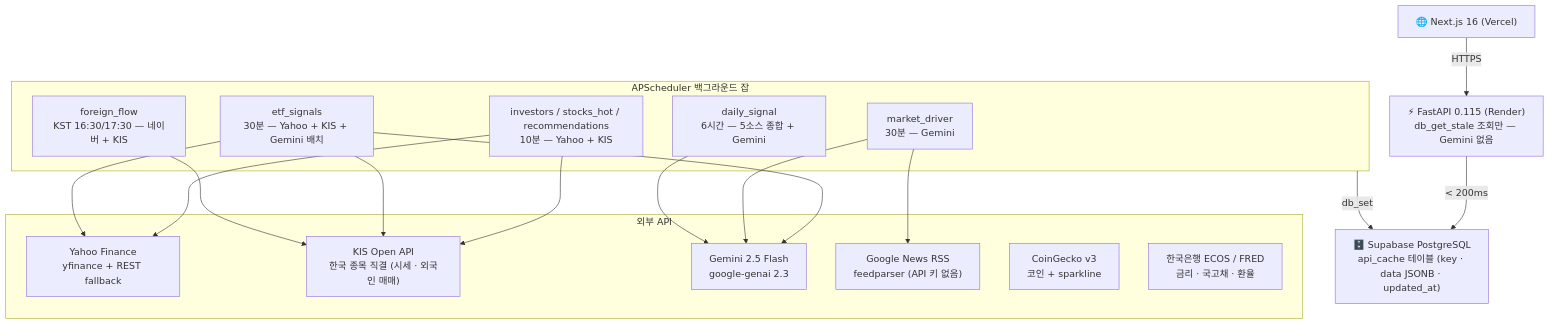
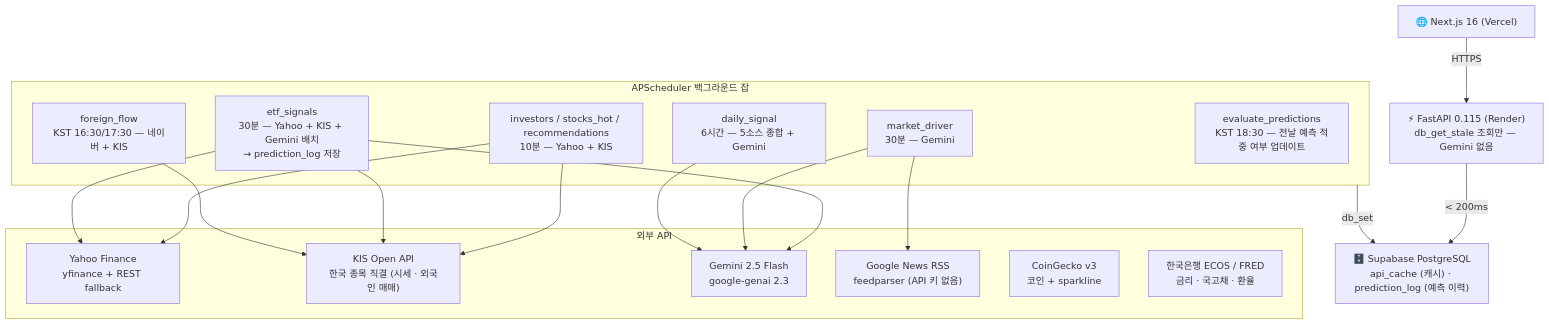
Before and after one commit to forexms78/war-investment-agent: the fifth of 7 diagrams in README.md, drawn with Mermaid. The commit also changed other lines of this file, not shown here.

Commit message:
docs: v5.2 prediction_log 시스템 README 반영
- 버전 히스토리 v5.2 추가 (예측 이력 저장 + 자동 평가 잡)
- 시스템 구조 다이어그램 DB/스케줄러 잡 업데이트

````diff
--- a/README.md
+++ b/README.md
@@ -212,32 +213,33 @@
 ```mermaid
 flowchart TD
     FE["🌐 Next.js 16 (Vercel)"]
     BE["⚡ FastAPI 0.115 (Render)\ndb_get_stale 조회만 — Gemini 없음"]
-    DB["🗄️ Supabase PostgreSQL\napi_cache 테이블 (key · data JSONB · updated_at)"]
+    DB["🗄️ Supabase PostgreSQL\napi_cache (캐시) · prediction_log (예측 이력)"]
 
     subgraph Scheduler["APScheduler 백그라운드 잡"]
         S1["investors / stocks_hot / recommendations\n10분 — Yahoo + KIS"]
-        S2["etf_signals\n30분 — Yahoo + KIS + Gemini 배치"]
+        S2["etf_signals\n30분 — Yahoo + KIS + Gemini 배치\n→ prediction_log 저장"]
         S3["market_driver\n30분 — Gemini"]
         S4["daily_signal\n6시간 — 5소스 종합 + Gemini"]
         S5["foreign_flow\nKST 16:30/17:30 — 네이버 + KIS"]
+        S6["evaluate_predictions\nKST 18:30 — 전날 예측 적중 여부 업데이트"]
     end
 
     subgraph External["외부 API"]
         YF["Yahoo Finance\nyfinance + REST fallback"]
         KIS["KIS Open API\n한국 종목 직결 (시세 · 외국인 매매)"]
         GEM["Gemini 2.5 Flash\ngoogle-genai 2.3"]
         RSS["Google News RSS\nfeedparser (API 키 없음)"]
         CG["CoinGecko v3\n코인 + sparkline"]
         BOK["한국은행 ECOS / FRED\n금리 · 국고채 · 환율"]
     end
 
     FE -->|HTTPS| BE
     BE -->|< 200ms| DB
     Scheduler -->|db_set| DB
     S1 --> YF & KIS
     S2 --> YF & KIS & GEM
     S3 --> RSS & GEM
     S4 --> GEM
     S5 --> KIS
 ```
````
